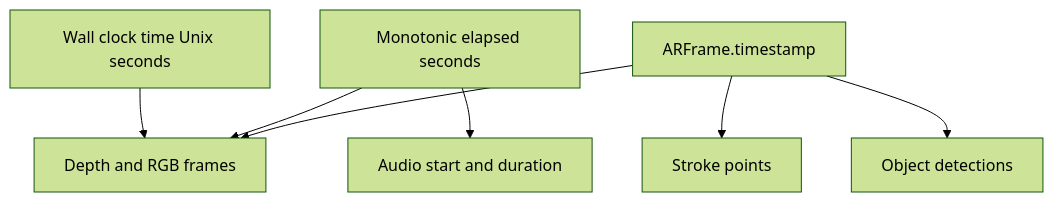
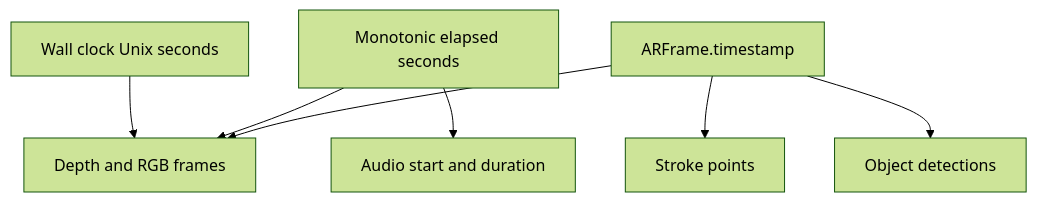
Before and after one commit to VijitPugalia/SandStories: the fourth of 4 diagrams in README.md, drawn with Mermaid (forest theme). The commit also changed other lines of this file and 2 other files, not shown here.

````diff
--- a/README.md
+++ b/README.md
@@ -149,17 +153,17 @@
 ```mermaid
 flowchart TB
-  wall["Wall clock time Unix seconds"]
+  wall["Wall clock Unix seconds"]
   mono["Monotonic elapsed seconds"]
   arkit["ARFrame.timestamp"]
   frames["Depth and RGB frames"]
   strokes["Stroke points"]
   audio["Audio start and duration"]
   objects["Object detections"]
 
   wall --> frames
   mono --> frames
   mono --> audio
   arkit --> frames
   arkit --> strokes
   arkit --> objects
 ```
````
